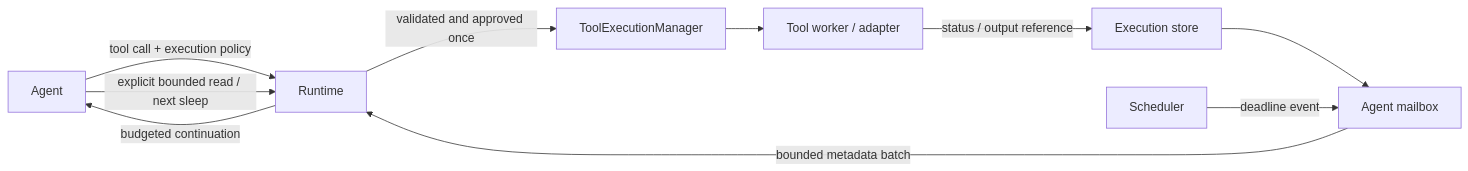
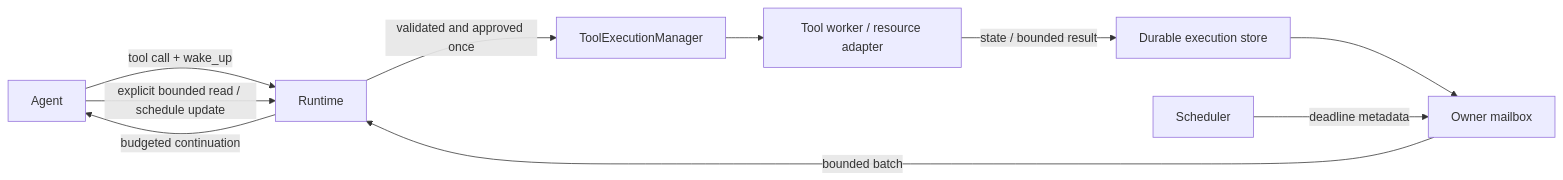
The diagram in docs/architecture/wakeup.md (noaft/Atlas-agentic), drawn with Mermaid before and after one commit. The commit also changed other lines of this file and 10 other files, not shown here.

Commit message:
docs: translate references and align hard lazy tool architecture

````diff
--- a/docs/architecture/wakeup.md
+++ b/docs/architecture/wakeup.md
@@ -29,12 +26,12 @@
 ```mermaid
 flowchart LR
-  Agent -->|tool call + execution policy| Runtime
+  Agent -->|tool call + wake_up| Runtime
   Runtime -->|validated and approved once| Manager[ToolExecutionManager]
-  Manager --> Worker[Tool worker / adapter]
-  Worker -->|status / output reference| Store[Execution store]
-  Store --> Mailbox[Agent mailbox]
-  Scheduler -->|deadline event| Mailbox
-  Mailbox -->|bounded metadata batch| Runtime
+  Manager --> Worker[Tool worker / resource adapter]
+  Worker -->|state / bounded result| Store[Durable execution store]
+  Store --> Mailbox[Owner mailbox]
+  Scheduler -->|deadline metadata| Mailbox
+  Mailbox -->|bounded batch| Runtime
   Runtime -->|budgeted continuation| Agent
-  Agent -->|explicit bounded read / next sleep| Runtime
+  Agent -->|explicit bounded read / schedule update| Runtime
 ```
````
